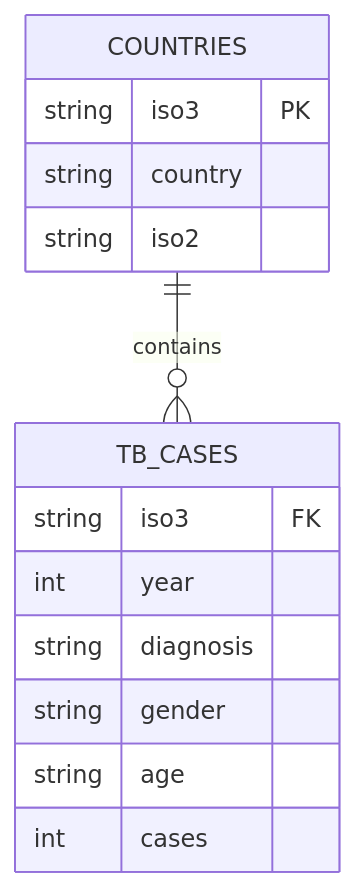
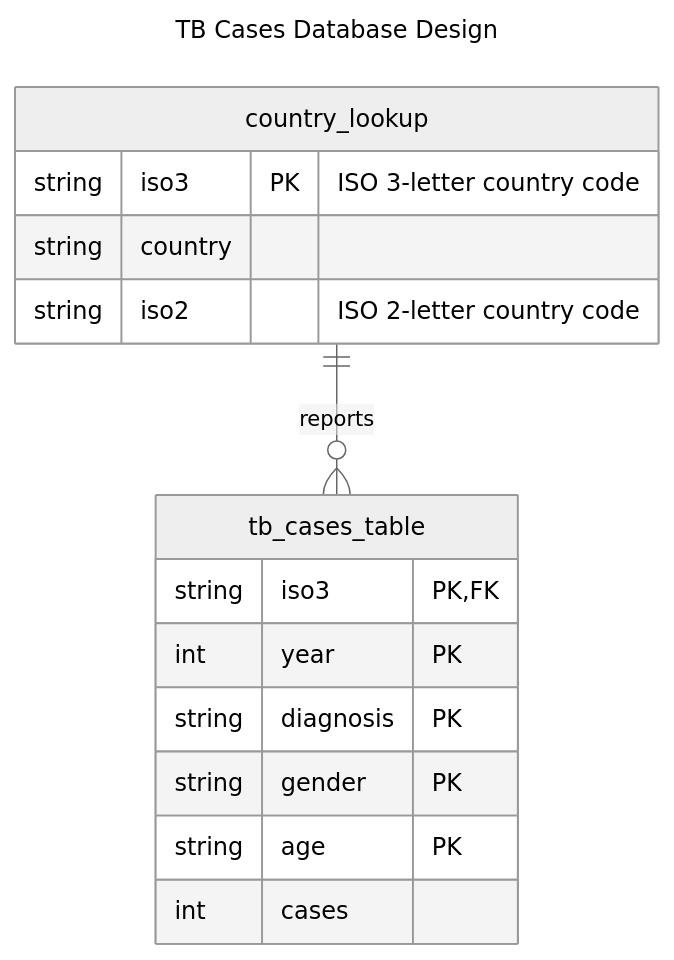
The first of 3 diagrams in Project_2/Project_2_Data_607.qmd (EllieWilser/Data_607), drawn with Mermaid before and after one commit. The commit also changed other lines of this file and 4 other files, not shown here.

````diff
--- a/Project_2/Project_2_Data_607.qmd
+++ b/Project_2/Project_2_Data_607.qmd
@@ -106,17 +231,26 @@
 ```{mermaid}
+---
+title: TB Cases Database Design
+config:
+  theme: neutral
+  look: classic
+---
 erDiagram
-    COUNTRIES {
-        string iso3 PK
+    country_lookup {
+        string iso3 PK "ISO 3-letter country code"
         string country
-        string iso2
+        string iso2 "ISO 2-letter country code"
     }
-    TB_CASES {
-        string iso3 FK
-        int year
-        string diagnosis
-        string gender
-        string age
+
+    tb_cases_table {
+        string iso3 PK, FK
+        int year PK
+        string diagnosis PK
+        string gender PK
+        string age PK
         int cases
     }
-    COUNTRIES ||--o{ TB_CASES : contains
+
+    country_lookup ||--o{ tb_cases_table : "reports"
+    
 ```
````
